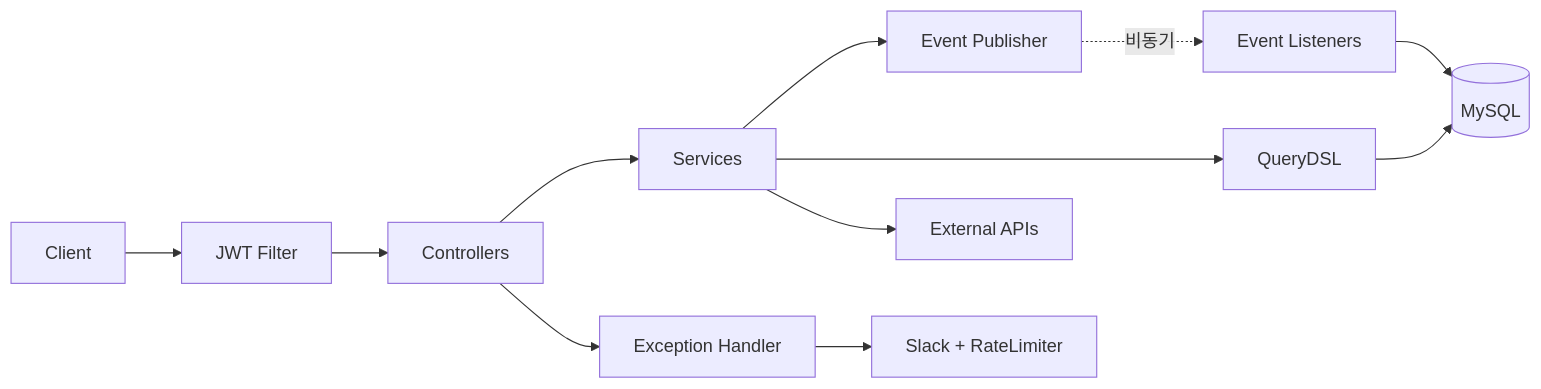
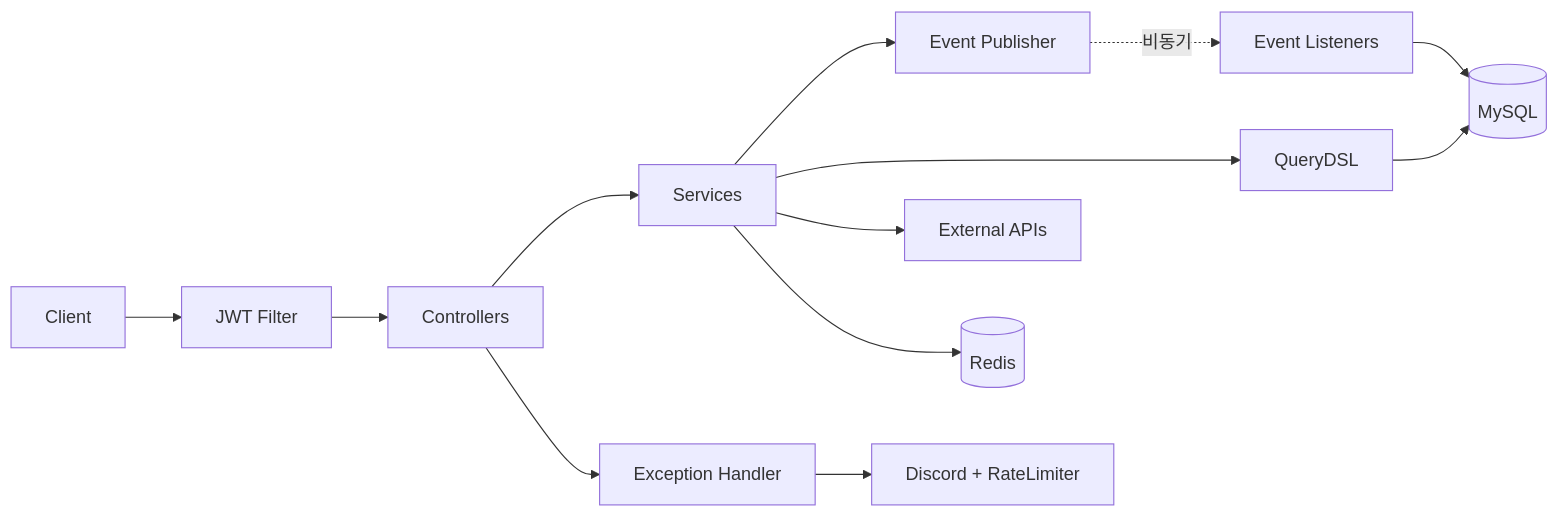
Before and after one commit to beginner0107/eventitta: the third of 4 diagrams in README.md, drawn with Mermaid. The commit also changed other lines of this file and 2 other files, not shown here.

First line of the commit message:
docs: Redis Ranking 및 Event-driven 비동기 아키텍처 문서 최신화

````diff
--- a/README.md
+++ b/README.md
@@ -275,14 +273,15 @@
 ```mermaid
 graph LR
   A[Client] --> B[JWT Filter]
   B --> C[Controllers]
   C --> D[Services]
   D --> E[Event Publisher]
   E -. 비동기 .-> F[Event Listeners]
   D --> G[QueryDSL]
   G --> H[(MySQL)]
   F --> H
   D --> I[External APIs]
+  D --> R[(Redis)]
   C --> J[Exception Handler]
-  J --> K[Slack + RateLimiter]
+  J --> K[Discord + RateLimiter]
 ```
````
